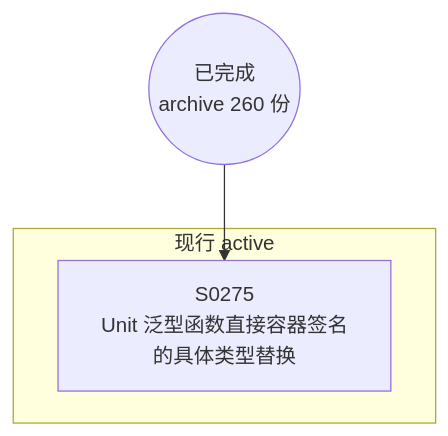
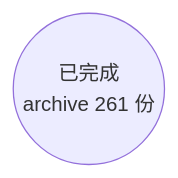
The diagram in docs/specs/dependency-graph.md (Halckon/Koven), drawn with Mermaid before and after one commit. The commit also changed other lines of this file and 13 other files, not shown here.

````diff
--- a/docs/specs/dependency-graph.md
+++ b/docs/specs/dependency-graph.md
@@ -9,8 +9,4 @@
 ```mermaid
 flowchart TD
-ARCH(("已完成<br/>archive 260 份"))
-subgraph Gactive["现行 active"]
-  S0275["S0275<br/>Unit 泛型函数直接容器签名的具体类型替换"]
-end
-ARCH --> S0275
+ARCH(("已完成<br/>archive 261 份"))
 ```
````
